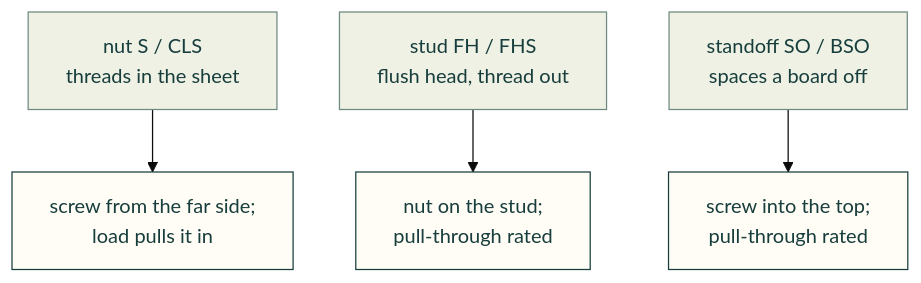
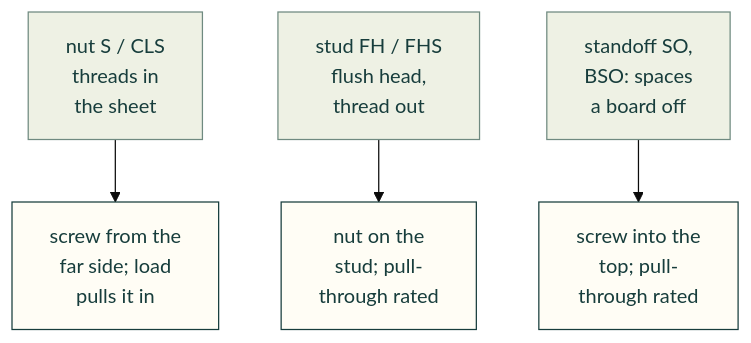
Before and after one commit to Valpatel/cad-agent: the third of 8 diagrams in research/sheet-metal-joining.md, drawn with Mermaid (base theme). The commit also changed other lines of this file and 2 other files, not shown here.

First line of the commit message:
Research pages: diagrams fit the 1100 px column; second-review fixes

````diff
--- a/research/sheet-metal-joining.md
+++ b/research/sheet-metal-joining.md
@@ -159,11 +159,11 @@
 ```mermaid
 flowchart TD
-    N["nut S / CLS<br/>threads in the sheet"] --> U["screw from the far side;<br/>load pulls it in"]
-    F["stud FH / FHS<br/>flush head, thread out"] --> W["nut on the stud;<br/>pull-through rated"]
-    O["standoff SO / BSO<br/>spaces a board off"] --> X["screw into the top;<br/>pull-through rated"]
+    N["nut S / CLS<br/>threads in<br/>the sheet"] --> U["screw from the<br/>far side; load<br/>pulls it in"]
+    F["stud FH / FHS<br/>flush head,<br/>thread out"] --> W["nut on the<br/>stud; pull-<br/>through rated"]
+    O["standoff SO,<br/>BSO: spaces<br/>a board off"] --> X["screw into the<br/>top; pull-<br/>through rated"]
     classDef here fill:#fffdf5,stroke:#173d3c,color:#173d3c
     classDef near fill:#eef1e4,stroke:#6f8a80,color:#173d3c
     classDef out fill:#ffe1cc,stroke:#bd3a12,color:#173d3c
     class N,F,O near
     class U,W,X here
 ```
````
